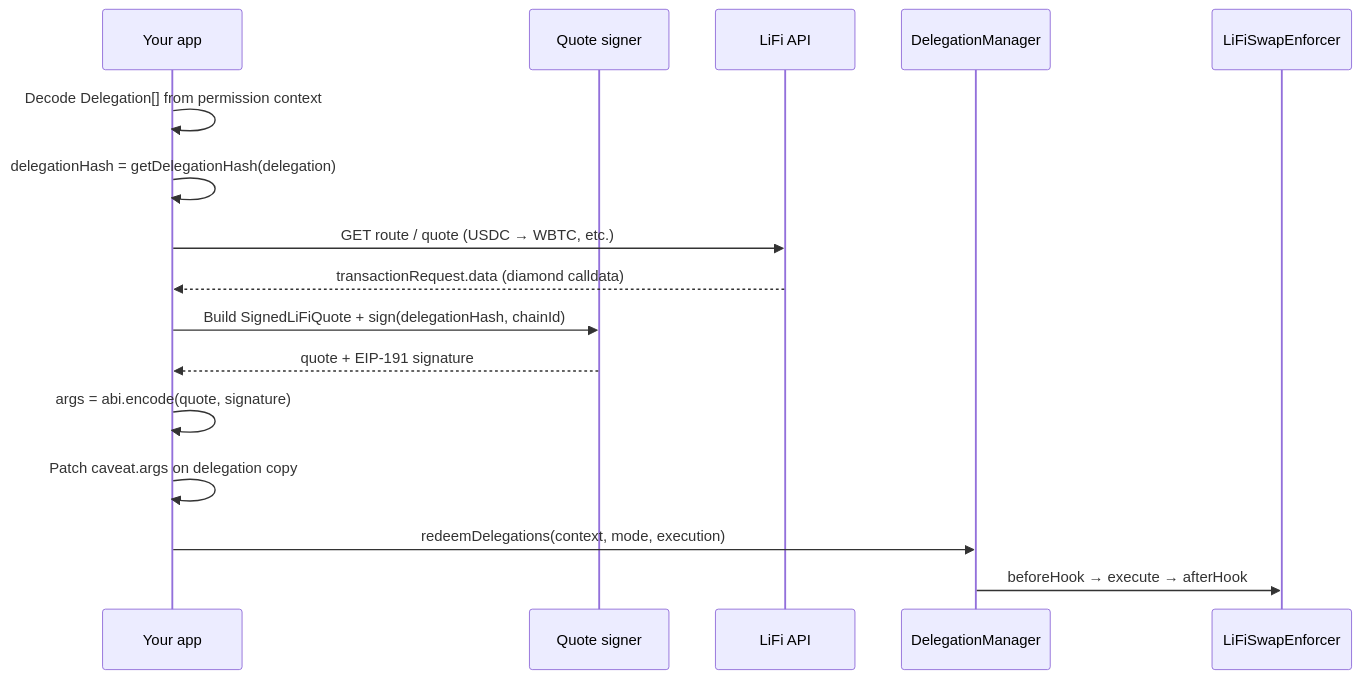
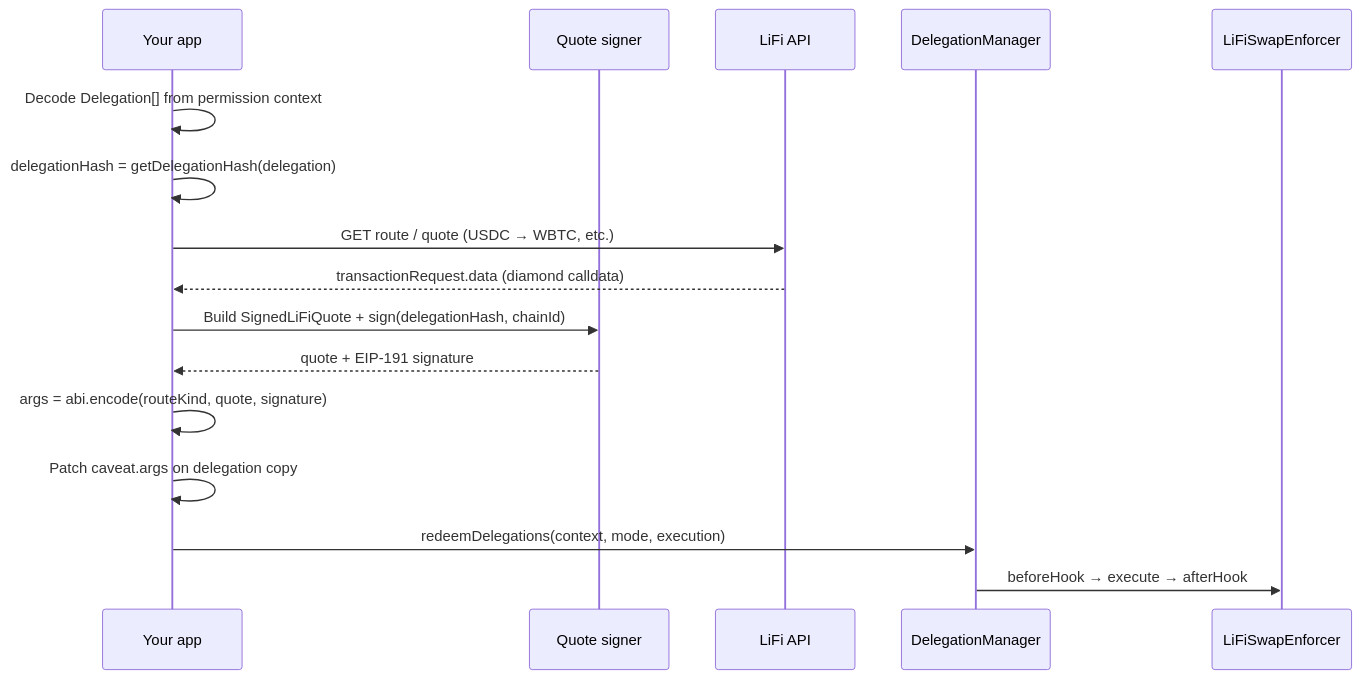
One commit to MetaMask/delegation-framework changed the diagram in LiFiSwapEnforcer-App-Integration.md. Above: the diagram before and after it, drawn with Mermaid. The commit also changed other lines of this file and 1 other file, not shown here.

````diff
--- a/LiFiSwapEnforcer-App-Integration.md
+++ b/LiFiSwapEnforcer-App-Integration.md
@@ -26,19 +26,19 @@
 ```mermaid
 sequenceDiagram
     participant App as Your app
     participant QS as Quote signer
     participant LiFi as LiFi API
     participant DM as DelegationManager
     participant Enf as LiFiSwapEnforcer
 
     App->>App: Decode Delegation[] from permission context
     App->>App: delegationHash = getDelegationHash(delegation)
     App->>LiFi: GET route / quote (USDC → WBTC, etc.)
     LiFi-->>App: transactionRequest.data (diamond calldata)
     App->>QS: Build SignedLiFiQuote + sign(delegationHash, chainId)
     QS-->>App: quote + EIP-191 signature
-    App->>App: args = abi.encode(quote, signature)
+    App->>App: args = abi.encode(routeKind, quote, signature)
     App->>App: Patch caveat.args on delegation copy
     App->>DM: redeemDelegations(context, mode, execution)
     DM->>Enf: beforeHook → execute → afterHook
 ```
````
